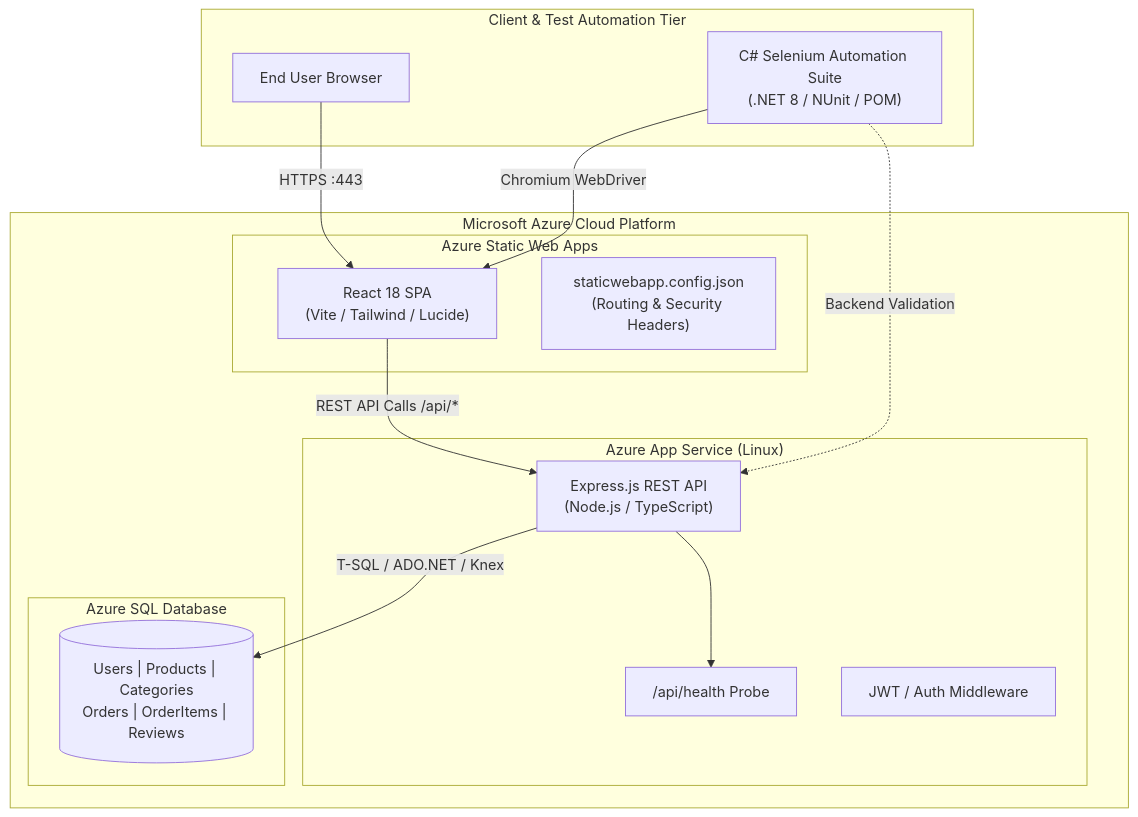
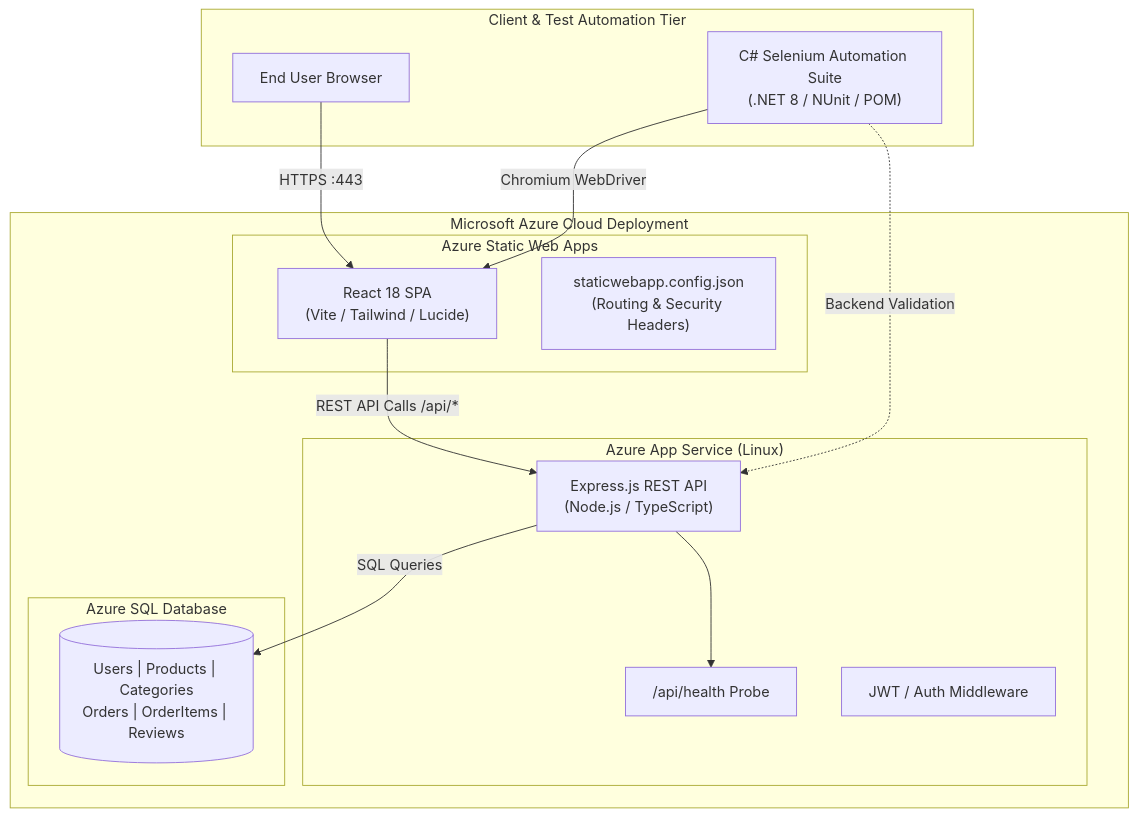
One commit to Karthisha-sriram/nova-mart changed the first of 2 diagrams in README.md. Above: the diagram before and after it, drawn with Mermaid. The commit also changed other lines of this file, not shown here.

````diff
--- a/README.md
+++ b/README.md
@@ -45,31 +46,31 @@
 ```mermaid
 flowchart TB
     subgraph Client_Browser ["Client & Test Automation Tier"]
         User["End User Browser"]
         Selenium["C# Selenium Automation Suite<br/>(.NET 8 / NUnit / POM)"]
     end
 
-    subgraph Azure_Cloud ["Microsoft Azure Cloud Platform"]
+    subgraph Azure_Cloud ["Microsoft Azure Cloud Deployment"]
         subgraph Static_Web_App ["Azure Static Web Apps"]
             Frontend["React 18 SPA<br/>(Vite / Tailwind / Lucide)"]
             Config["staticwebapp.config.json<br/>(Routing & Security Headers)"]
         end
 
         subgraph App_Service ["Azure App Service (Linux)"]
             Backend["Express.js REST API<br/>(Node.js / TypeScript)"]
             HealthCheck["/api/health Probe"]
             AuthService["JWT / Auth Middleware"]
         end
 
         subgraph Database_Tier ["Azure SQL Database"]
             Tables[("Users | Products | Categories<br/>Orders | OrderItems | Reviews")]
         end
     end
 
     User -->|HTTPS :443| Frontend
     Selenium -->|Chromium WebDriver| Frontend
     Frontend -->|REST API Calls /api/*| Backend
     Selenium -.->|Backend Validation| Backend
-    Backend -->|T-SQL / ADO.NET / Knex| Tables
+    Backend -->|SQL Queries| Tables
     Backend --> HealthCheck
 ```
````
